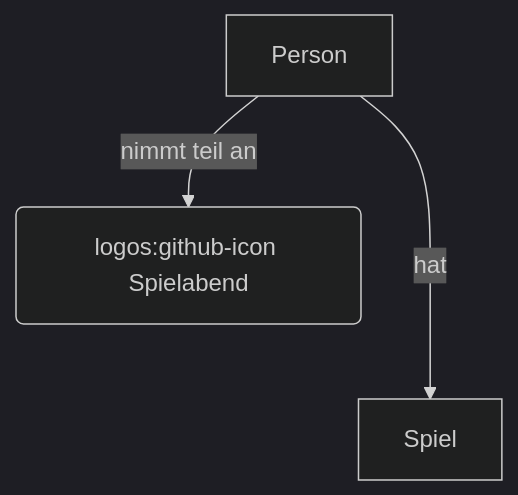
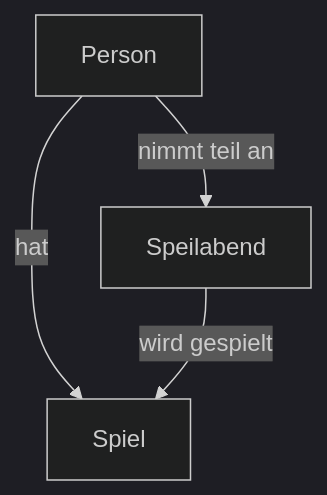
One commit to spielsteinar/spielstein.ch changed the diagram in docs/club/idee/index.md. Above: the diagram before and after it, drawn with Mermaid (dark theme).

Commit message:
feat: Add "Spiel" relationship to "Event" in "Idee" page

````diff
--- a/docs/club/idee/index.md
+++ b/docs/club/idee/index.md
@@ -7,6 +7,7 @@
 ``` mermaid
 graph TD
     Person --->|hat|Spiel
-    Event(logos:github-icon Spielabend)
+    Event["Speilabend"]
     Person -->|nimmt teil an|Event
+    Event -->|wird gespielt|Spiel
 ```
````
